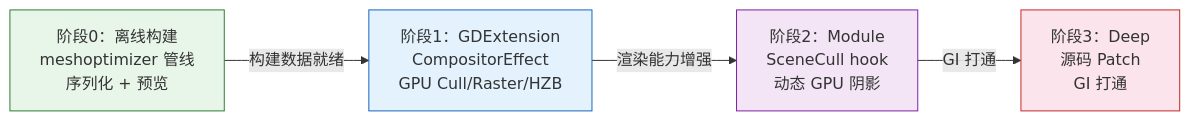
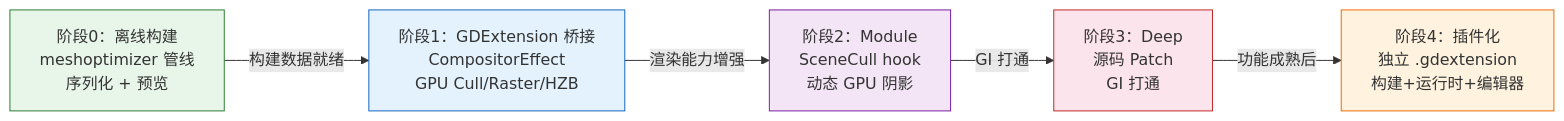
The diagram in nanite_doc/nanite-implementation-tasks.md (alonecat06/godot), drawn with Mermaid before and after one commit. The commit also changed other lines of this file, not shown here.

First line of the commit message:
docs(nanite): 新增阶段 4 - GDExtension 插件化

````diff
--- a/nanite_doc/nanite-implementation-tasks.md
+++ b/nanite_doc/nanite-implementation-tasks.md
@@ -18,14 +19,17 @@
 ```mermaid
 flowchart LR
     P0["阶段0：离线构建<br/>meshoptimizer 管线<br/>序列化 + 预览"]
-    P1["阶段1：GDExtension<br/>CompositorEffect<br/>GPU Cull/Raster/HZB"]
+    P1["阶段1：GDExtension 桥接<br/>CompositorEffect<br/>GPU Cull/Raster/HZB"]
     P2["阶段2：Module<br/>SceneCull hook<br/>动态 GPU 阴影"]
     P3["阶段3：Deep<br/>源码 Patch<br/>GI 打通"]
+    P4["阶段4：插件化<br/>独立 .gdextension<br/>构建+运行时+编辑器"]
     P0 -->|"构建数据就绪"| P1
     P1 -->|"渲染能力增强"| P2
     P2 -->|"GI 打通"| P3
+    P3 -->|"功能成熟后"| P4
     style P0 fill:#e8f5e9,stroke:#2e7d32
     style P1 fill:#e3f2fd,stroke:#1565c0
     style P2 fill:#f3e5f5,stroke:#7b1fa2
     style P3 fill:#fce4ec,stroke:#c62828
+    style P4 fill:#fff3e0,stroke:#ef6c00
 ```
````
